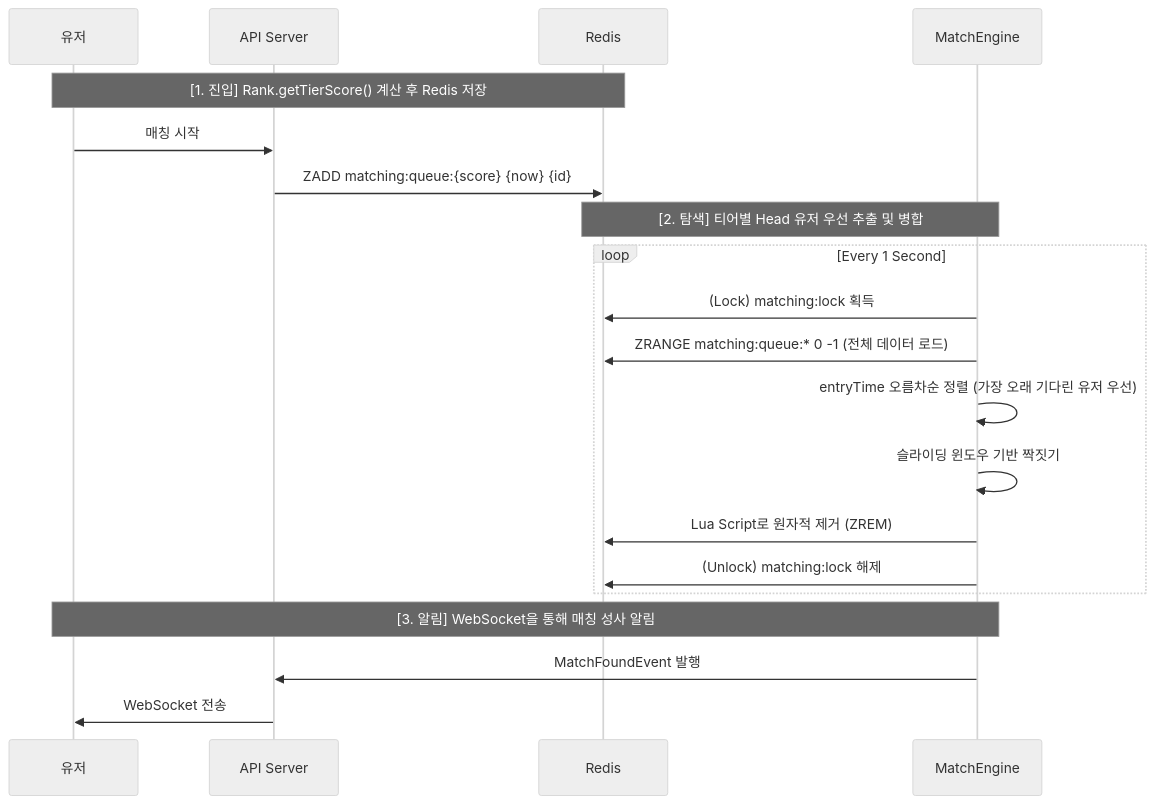
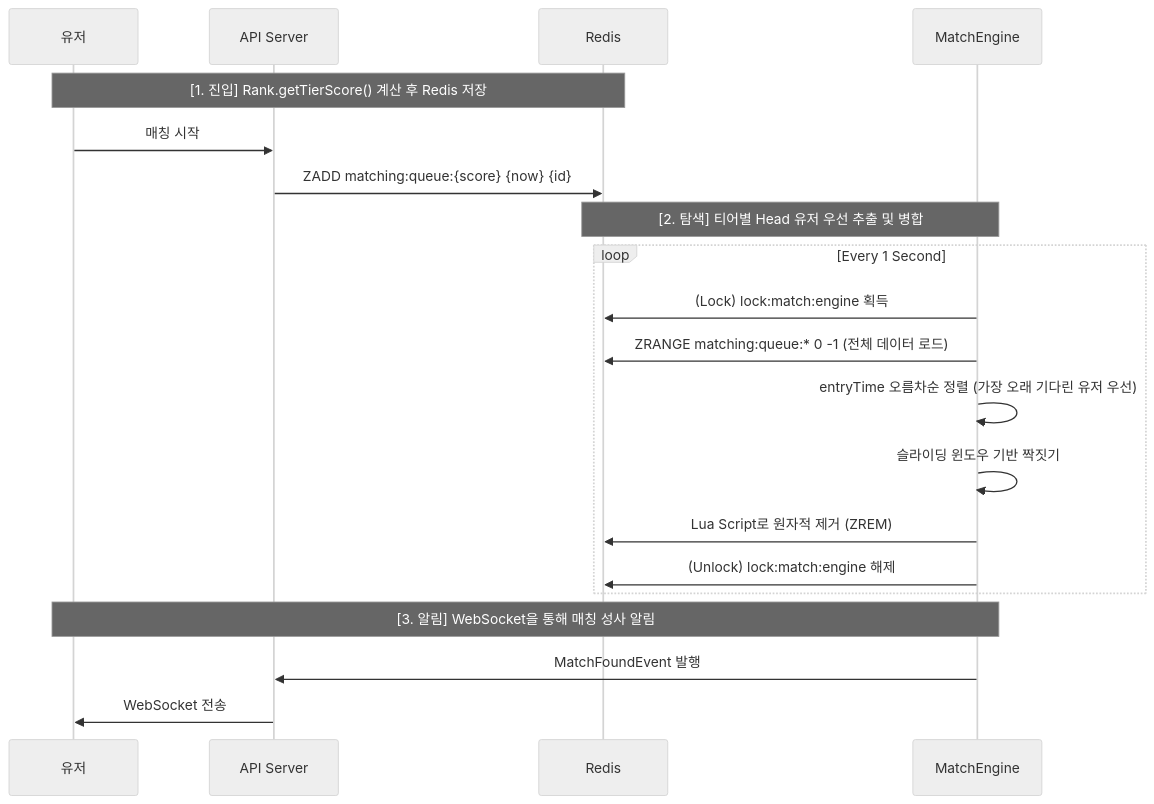
The second of 2 diagrams in docs/project/matching-v1.md (moonwhistle/League-of-Star), drawn with Mermaid (neutral theme) before and after one commit. The commit also changed 34 other files, not shown here.

````diff
--- a/docs/project/matching-v1.md
+++ b/docs/project/matching-v1.md
@@ -71,25 +71,25 @@
 ```mermaid
 sequenceDiagram
     participant User as 유저
     participant API as API Server
     participant Redis as Redis
     participant Engine as MatchEngine
 
     Note over User, Redis: [1. 진입] Rank.getTierScore() 계산 후 Redis 저장
     User->>API: 매칭 시작
     API->>Redis: ZADD matching:queue:{score} {now} {id}
 
     Note over Redis, Engine: [2. 탐색] 티어별 Head 유저 우선 추출 및 병합
     loop Every 1 Second
-        Engine->>Redis: (Lock) matching:lock 획득
+        Engine->>Redis: (Lock) lock:match:engine 획득
         Engine->>Redis: ZRANGE matching:queue:* 0 -1 (전체 데이터 로드)
         Engine->>Engine: entryTime 오름차순 정렬 (가장 오래 기다린 유저 우선)
         Engine->>Engine: 슬라이딩 윈도우 기반 짝짓기
         Engine->>Redis: Lua Script로 원자적 제거 (ZREM)
-        Engine->>Redis: (Unlock) matching:lock 해제
+        Engine->>Redis: (Unlock) lock:match:engine 해제
     end
 
     Note over User, Engine: [3. 알림] WebSocket을 통해 매칭 성사 알림
     Engine->>API: MatchFoundEvent 발행
     API->>User: WebSocket 전송
 ```
````
